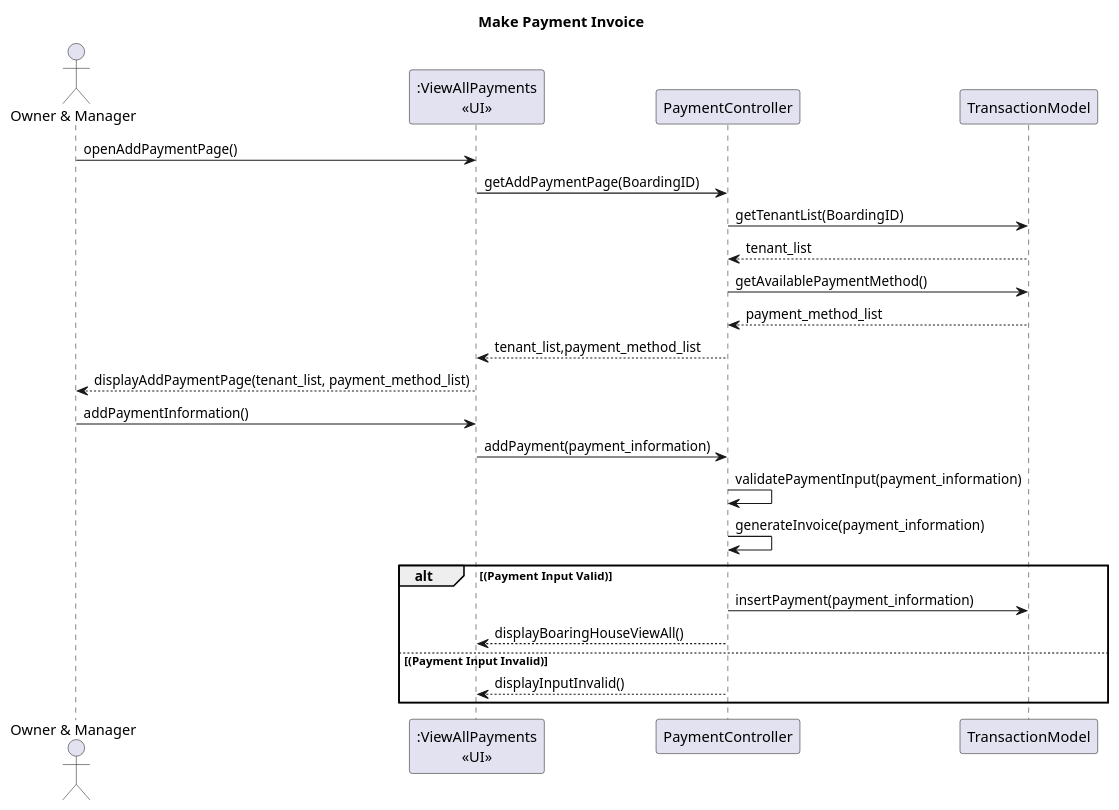
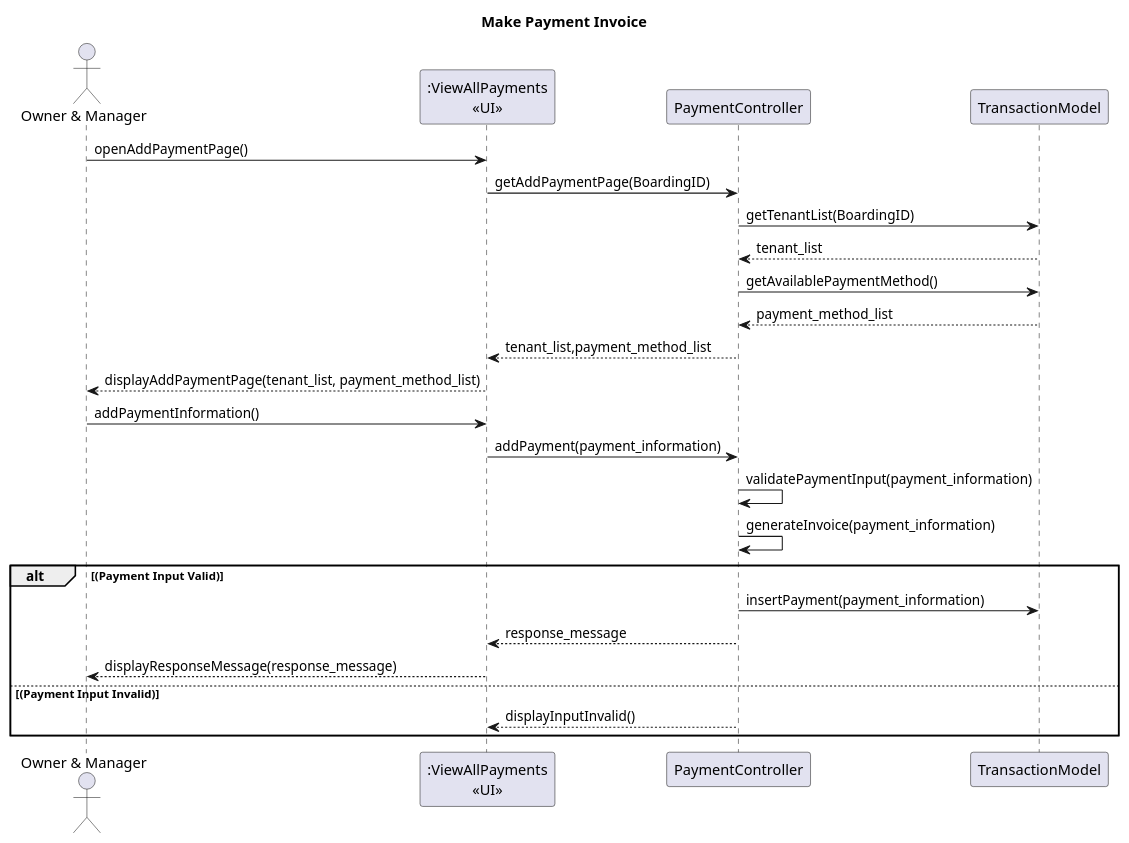
Before and after one commit to AntWort21/BHFMS: the diagram in Design/BHFMS_SEQUENCE/Owner Manager/Payment/Make Payment Invoice.puml, drawn with PlantUML. The commit also changed 23 other files, not shown here.

Commit message:
Add response message & fix

```diff
--- a/Design/BHFMS_SEQUENCE/Owner Manager/Payment/Make Payment Invoice.puml
+++ b/Design/BHFMS_SEQUENCE/Owner Manager/Payment/Make Payment Invoice.puml
@@ -1,28 +1,31 @@
 @startuml
 title Make Payment Invoice
 actor "Owner & Manager" as act
 participant ":ViewAllPayments\n<<UI>>" as view
 participant PaymentController as ctrl
 participant TransactionModel as tm
 
 act -> view : openAddPaymentPage()
 view -> ctrl : getAddPaymentPage(BoardingID)
 ctrl -> tm : getTenantList(BoardingID)
 ctrl <-- tm : tenant_list
 ctrl -> tm : getAvailablePaymentMethod()
 ctrl <-- tm : payment_method_list
 view <-- ctrl : tenant_list,payment_method_list
 act <-- view : displayAddPaymentPage(tenant_list, payment_method_list) 
 
 act -> view : addPaymentInformation()
 view -> ctrl : addPayment(payment_information)
 ctrl -> ctrl : validatePaymentInput(payment_information)
 ctrl -> ctrl : generateInvoice(payment_information)
 
 alt (Payment Input Valid)
     ctrl -> tm : insertPayment(payment_information)
-    view <-- ctrl : displayBoaringHouseViewAll()
+    view <-- ctrl : response_message
+    act <-- view : displayResponseMessage(response_message) 
+
 else (Payment Input Invalid)
     view <-- ctrl : displayInputInvalid()
 end
+
 @enduml
```
